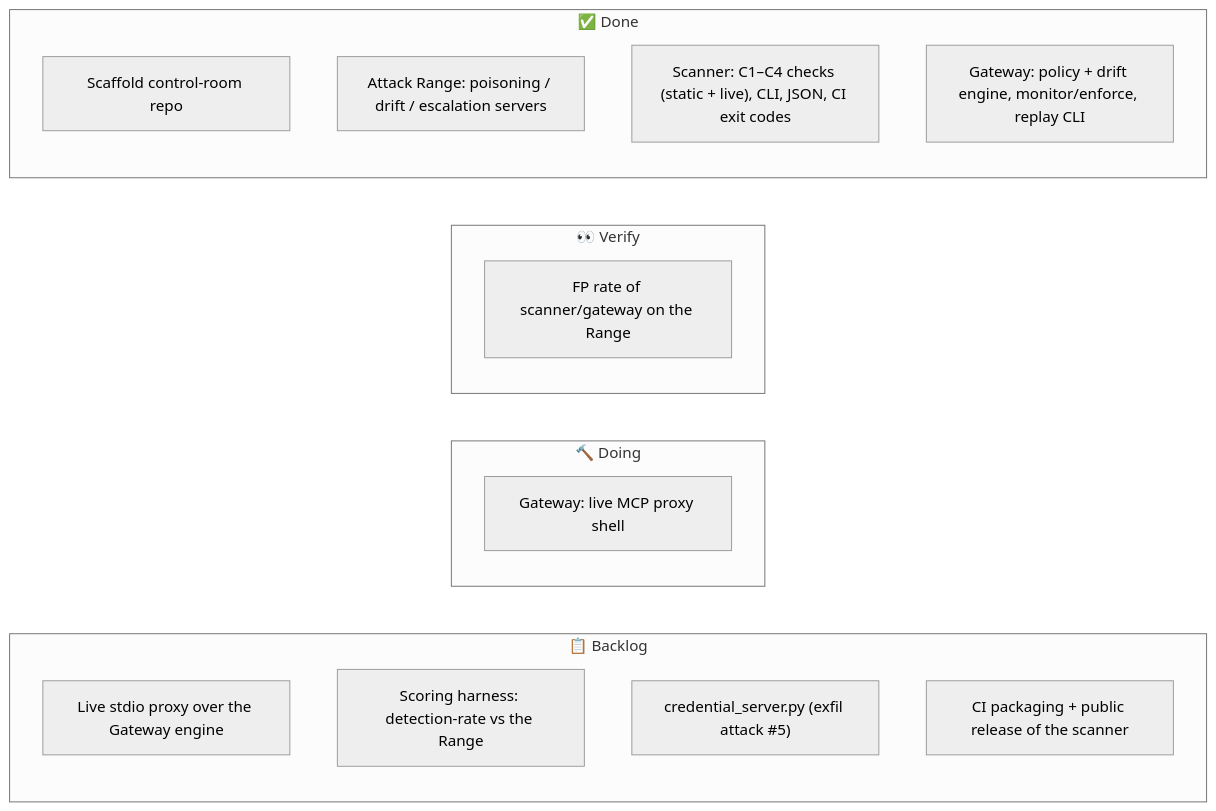
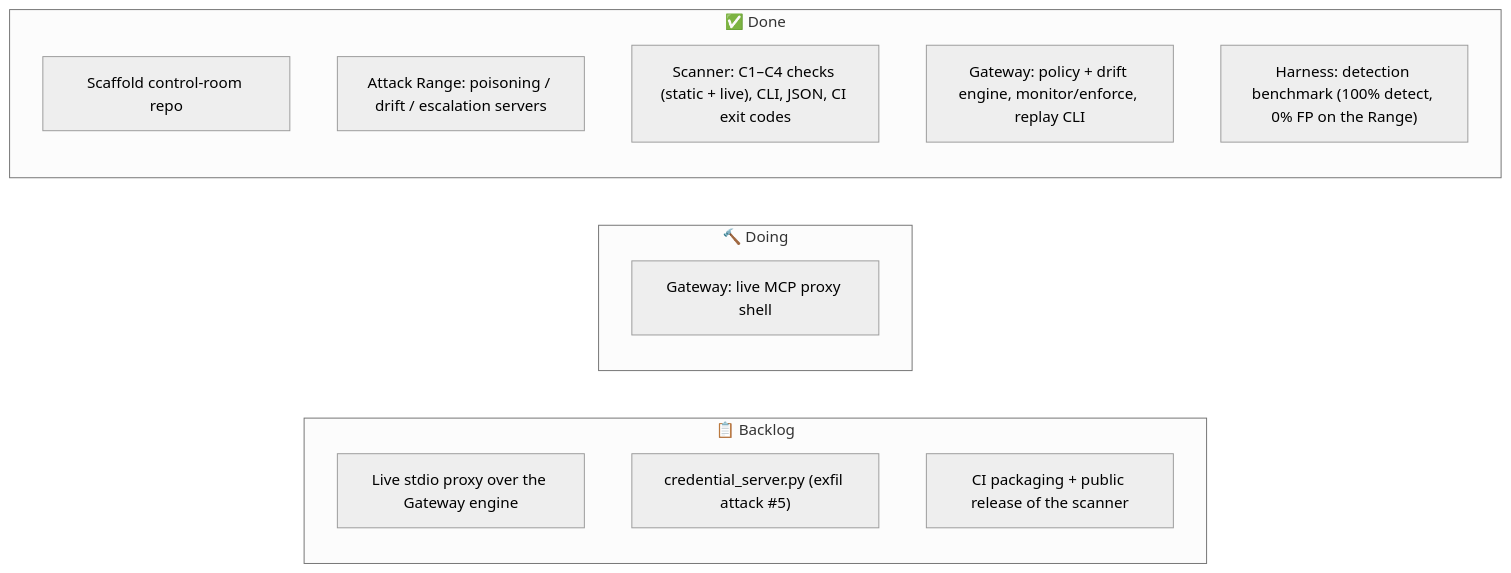
The diagram in shiva/docs/progress.md (rudraxdevelopment98-cell/RD-AISEC), drawn with Mermaid (neutral theme) before and after one commit. The commit also changed 8 other files, not shown here.

First line of the commit message:
Shiva: add detection-benchmark harness (scanner + gateway vs Attack Range)

````diff
--- a/shiva/docs/progress.md
+++ b/shiva/docs/progress.md
@@ -13,21 +13,18 @@
 ```mermaid
 flowchart LR
     subgraph BACKLOG["📋 Backlog"]
         b1["Live stdio proxy over the Gateway engine"]
-        b2["Scoring harness: detection-rate vs the Range"]
         b3["credential_server.py (exfil attack #5)"]
         b4["CI packaging + public release of the scanner"]
     end
     subgraph DOING["🔨 Doing"]
         d1["Gateway: live MCP proxy shell"]
     end
-    subgraph REVIEW["👀 Verify"]
-        r1["FP rate of scanner/gateway on the Range"]
-    end
     subgraph DONE["✅ Done"]
         e1["Scaffold control-room repo"]
         e2["Attack Range: poisoning / drift / escalation servers"]
         e3["Scanner: C1–C4 checks (static + live), CLI, JSON, CI exit codes"]
         e4["Gateway: policy + drift engine, monitor/enforce, replay CLI"]
+        e5["Harness: detection benchmark (100% detect, 0% FP on the Range)"]
     end
 ```
````
